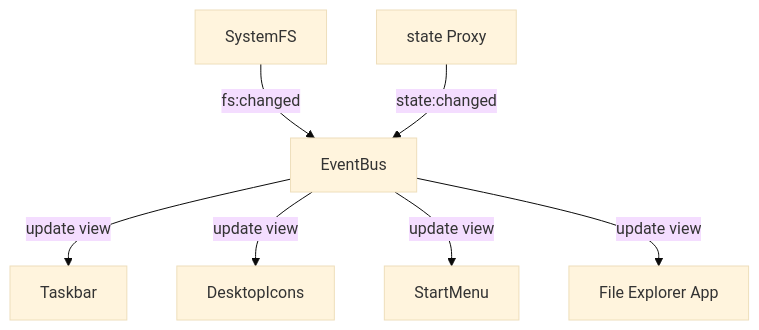
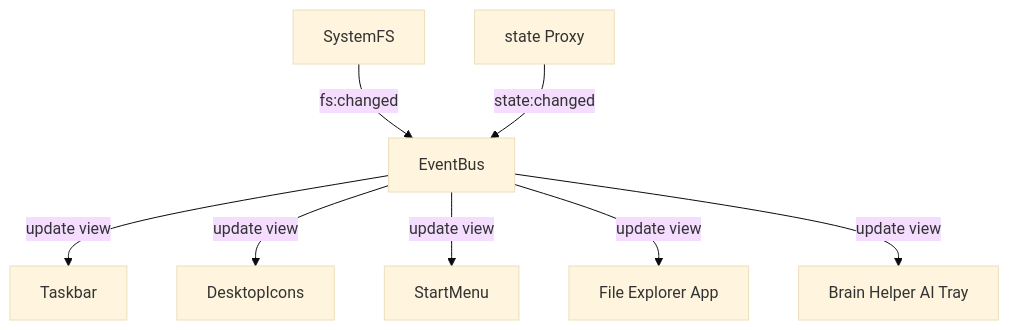
The diagram in ARCHITECTURE.md (Bl4ut0/PortfoliOS), drawn with Mermaid (base theme) before and after one commit. The commit also changed other lines of this file and 6 other files, not shown here.

Commit message:
docs: update system architecture and convert file links to contextual relative markdown

````diff
--- a/ARCHITECTURE.md
+++ b/ARCHITECTURE.md
@@ -47,9 +67,10 @@
 ```mermaid
 graph TD
     FS[SystemFS] -->|fs:changed| EB[EventBus]
     State[state Proxy] -->|state:changed| EB
     EB -->|update view| Taskbar[Taskbar]
     EB -->|update view| DesktopIcons[DesktopIcons]
     EB -->|update view| StartMenu[StartMenu]
     EB -->|update view| FilesApp[File Explorer App]
+    EB -->|update view| BrainTray[Brain Helper AI Tray]
 ```
````
